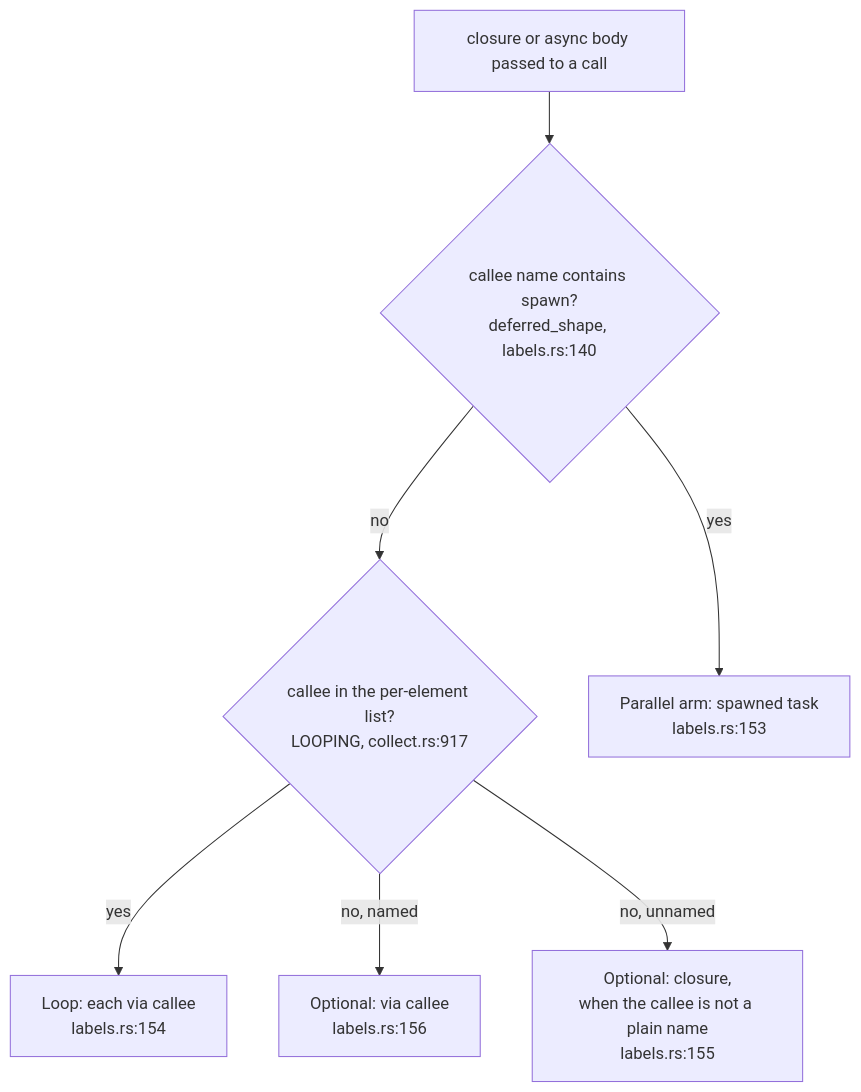
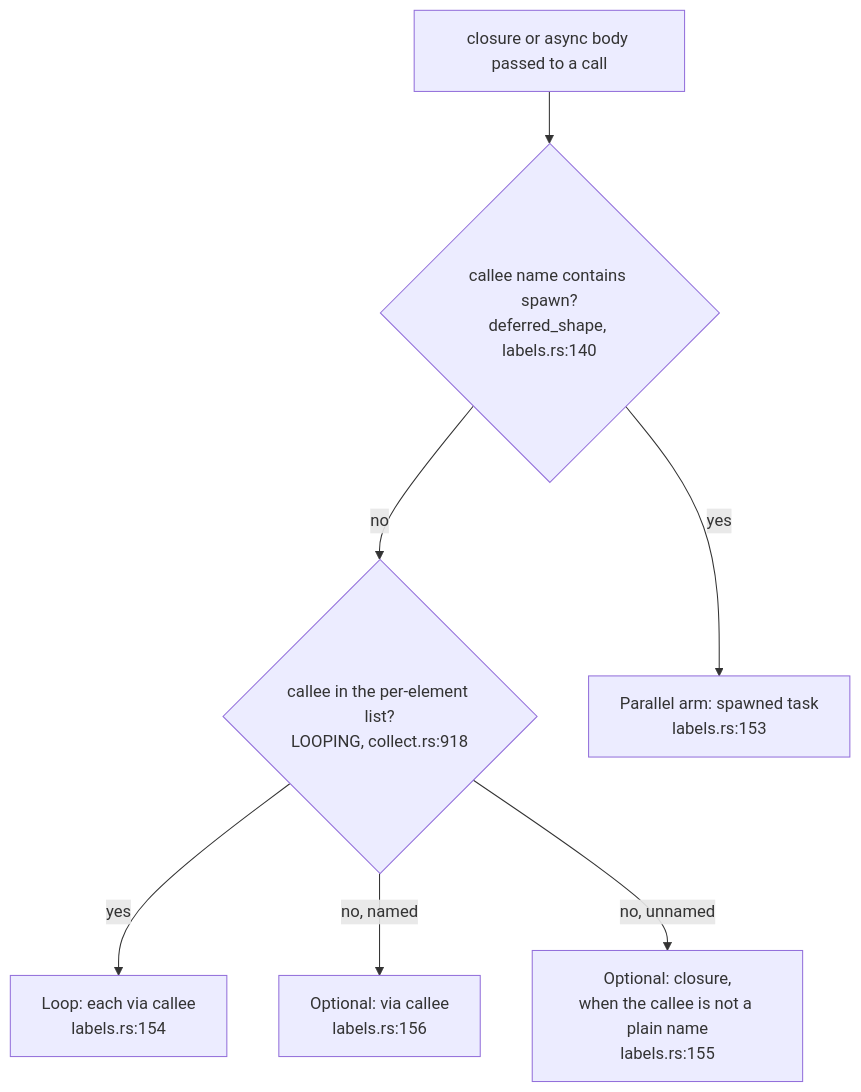
The third of 7 diagrams in docs/diagrams/extract/03-the-flow-walker-and-raw-ir.md (DreamLab-AI/codemaid), drawn with Mermaid before and after one commit. The commit also changed other lines of this file and 21 other files, not shown here.

````diff
--- a/docs/diagrams/extract/03-the-flow-walker-and-raw-ir.md
+++ b/docs/diagrams/extract/03-the-flow-walker-and-raw-ir.md
@@ -144,16 +145,16 @@
 ```mermaid
 flowchart TB
     D["closure or async body passed to a call"]
     SP{"callee name contains spawn?<br/>deferred_shape, labels.rs:140"}
-    LP{"callee in the per-element list?<br/>LOOPING, collect.rs:917"}
+    LP{"callee in the per-element list?<br/>LOOPING, collect.rs:918"}
     PAR["Parallel arm: spawned task<br/>labels.rs:153"]
     LOOP["Loop: each via callee<br/>labels.rs:154"]
     OPT["Optional: via callee<br/>labels.rs:156"]
     ANON["Optional: closure,<br/>when the callee is not a plain name<br/>labels.rs:155"]
     D --> SP
     SP -->|yes| PAR
     SP -->|no| LP
     LP -->|yes| LOOP
     LP -->|no, named| OPT
     LP -->|no, unnamed| ANON
 ```
````
